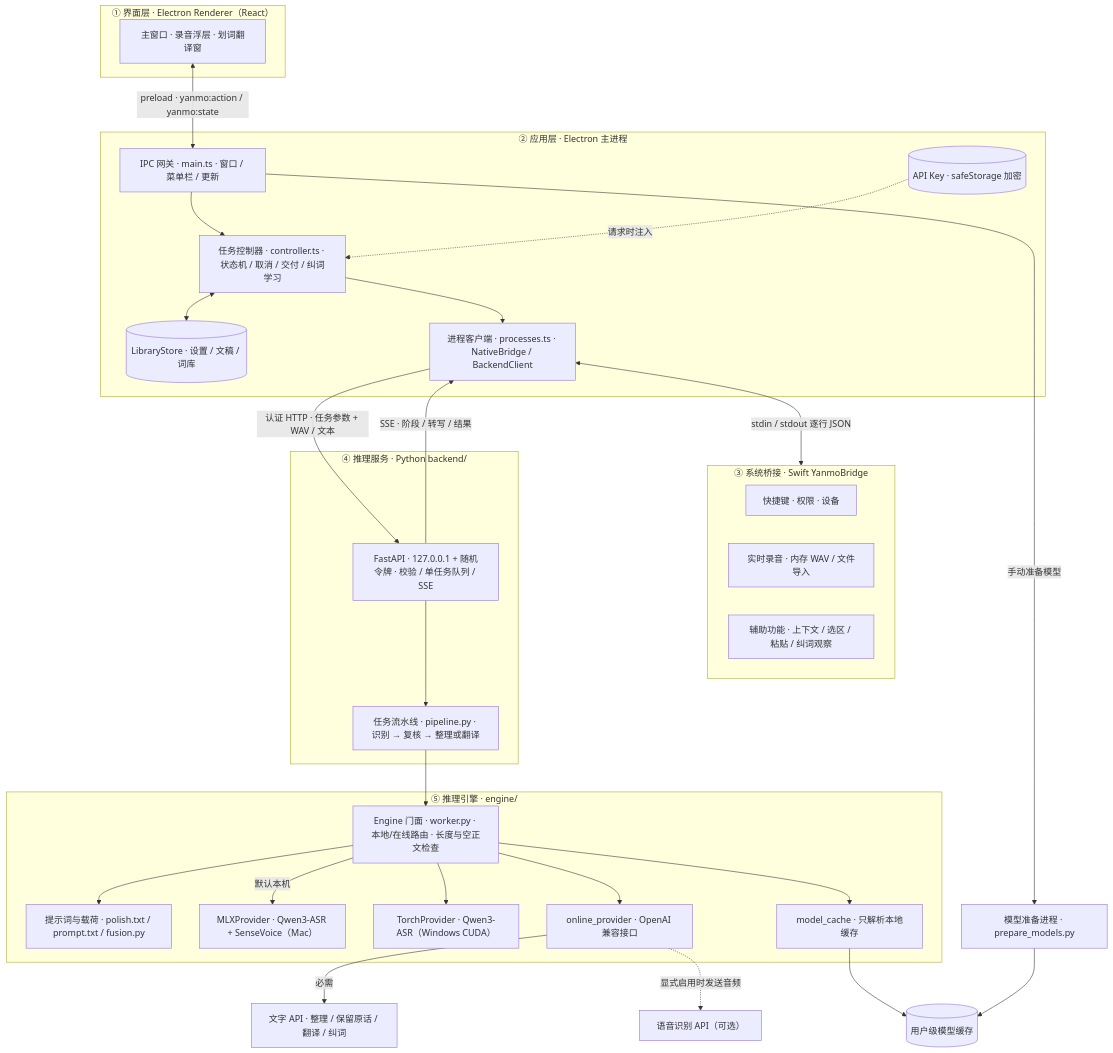
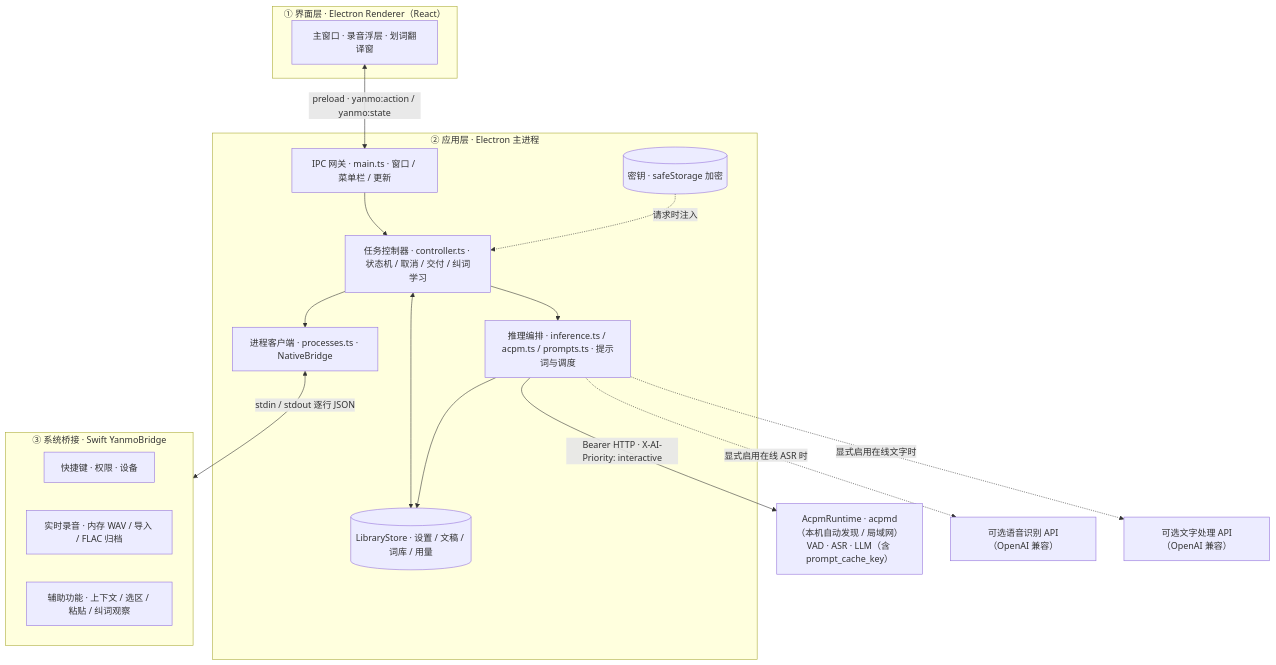
One commit to Happenmass/Yanmo changed the diagram in README.md. Above: the diagram before and after it, drawn with Mermaid. The commit also changed other lines of this file and 143 other files, not shown here.

Commit message:
Release Yanmo 1.0.0 with AcpmRuntime, cross-device sync, and semi-streaming VAD

````diff
--- a/README.md
+++ b/README.md
@@ -44,58 +54,37 @@
 ```mermaid
 flowchart TB
     subgraph UI["① 界面层 · Electron Renderer（React）"]
         Views["主窗口 · 录音浮层 · 划词翻译窗"]
     end
 
     subgraph APP["② 应用层 · Electron 主进程"]
         IPC["IPC 网关 · main.ts · 窗口 / 菜单栏 / 更新"]
         Ctl["任务控制器 · controller.ts · 状态机 / 取消 / 交付 / 纠词学习"]
-        Store[("LibraryStore · 设置 / 文稿 / 词库")]
-        Keys[("API Key · safeStorage 加密")]
-        Clients["进程客户端 · processes.ts · NativeBridge / BackendClient"]
+        Infer["推理编排 · inference.ts / acpm.ts / prompts.ts · 提示词与调度"]
+        Store[("LibraryStore · 设置 / 文稿 / 词库 / 用量")]
+        Keys[("密钥 · safeStorage 加密")]
+        BridgeClient["进程客户端 · processes.ts · NativeBridge"]
     end
 
     subgraph OS["③ 系统桥接 · Swift YanmoBridge"]
         Hot["快捷键 · 权限 · 设备"]
-        Rec["实时录音 · 内存 WAV / 文件导入"]
+        Rec["实时录音 · 内存 WAV / 导入 / FLAC 归档"]
         AX["辅助功能 · 上下文 / 选区 / 粘贴 / 纠词观察"]
     end
 
-    subgraph SVC["④ 推理服务 · Python backend/"]
-        API["FastAPI · 127.0.0.1 + 随机令牌 · 校验 / 单任务队列 / SSE"]
-        Pipe["任务流水线 · pipeline.py · 识别 → 复核 → 整理或翻译"]
-    end
-
-    subgraph ENG["⑤ 推理引擎 · engine/"]
-        Engine["Engine 门面 · worker.py · 本地/在线路由 · 长度与空正文检查"]
-        Prompt["提示词与载荷 · polish.txt / prompt.txt / fusion.py"]
-        MLX["MLXProvider · Qwen3-ASR + SenseVoice（Mac）"]
-        Torch["TorchProvider · Qwen3-ASR（Windows CUDA）"]
-        Online["online_provider · OpenAI 兼容接口"]
-        Cache["model_cache · 只解析本地缓存"]
-    end
-
-    Models[("用户级模型缓存")]
-    Prep["模型准备进程 · prepare_models.py"]
-    TextAPI["文字 API · 整理 / 保留原话 / 翻译 / 纠词"]
-    ASRAPI["语音识别 API（可选）"]
+    Acpm["AcpmRuntime · acpmd（本机自动发现 / 局域网）<br/>VAD · ASR · LLM（含 prompt_cache_key）"]
+    OnlineASR["可选语音识别 API（OpenAI 兼容）"]
+    OnlineText["可选文字处理 API（OpenAI 兼容）"]
 
     Views <-->|"preload · yanmo:action / yanmo:state"| IPC
     IPC --> Ctl
     Ctl <--> Store
     Keys -.->|"请求时注入"| Ctl
-    Ctl --> Clients
-    Clients <-->|"stdin / stdout 逐行 JSON"| OS
-    Clients -->|"认证 HTTP · 任务参数 + WAV / 文本"| API
-    API -->|"SSE · 阶段 / 转写 / 结果"| Clients
-    API --> Pipe --> Engine
-    Engine --> Prompt
-    Engine -->|"默认本机"| MLX
-    Engine --> Torch
-    Engine --> Online
-    Engine --> Cache
-    Cache --> Models
-    Online -->|"必需"| TextAPI
-    Online -. "显式启用时发送音频" .-> ASRAPI
-    IPC -->|"手动准备模型"| Prep --> Models
+    Ctl --> BridgeClient
+    Ctl --> Infer
+    Infer --> Store
+    BridgeClient <-->|"stdin / stdout 逐行 JSON"| OS
+    Infer -->|"Bearer HTTP · X-AI-Priority: interactive"| Acpm
+    Infer -. "显式启用在线 ASR 时" .-> OnlineASR
+    Infer -. "显式启用在线文字时" .-> OnlineText
 ```
````
